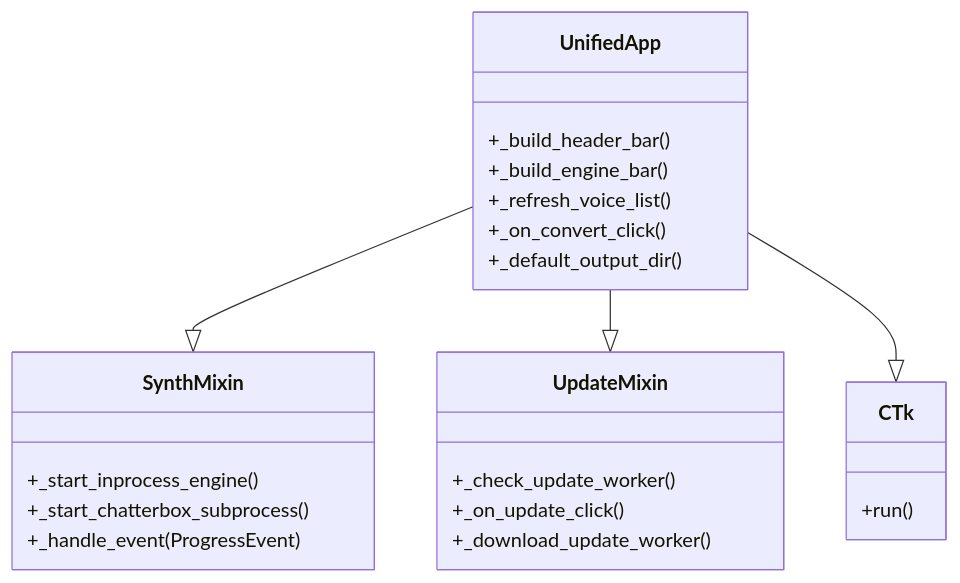
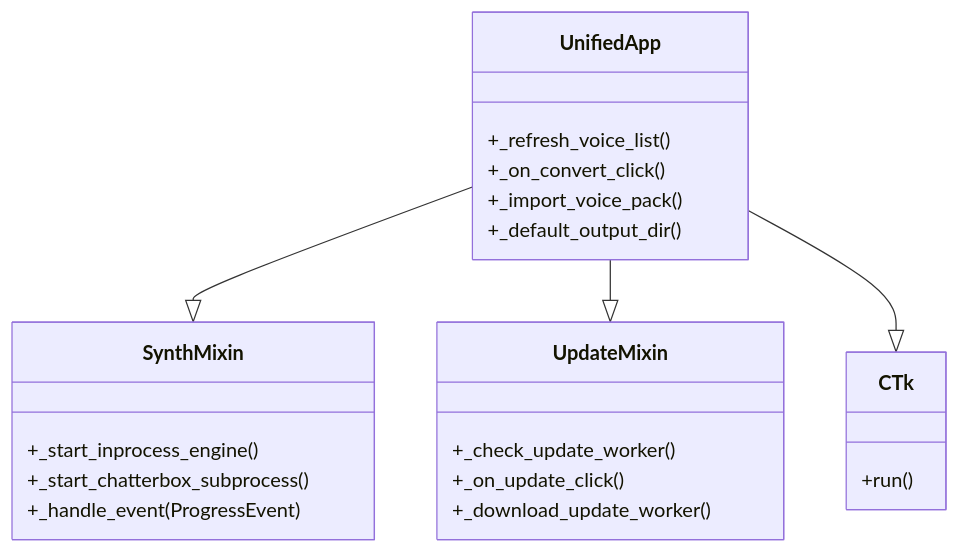
The second of 7 diagrams in docs/ARCHITECTURE.md (MikkoNumminen/AudiobookMaker), drawn with Mermaid before and after one commit. The commit also changed other lines of this file, not shown here.

Commit message:
docs(architecture): reflect Chatterbox bridge, gui_builders, voice_pack

````diff
--- a/docs/ARCHITECTURE.md
+++ b/docs/ARCHITECTURE.md
@@ -34,24 +37,23 @@
 ```mermaid
 classDiagram
     class CTk { +run() }
     class SynthMixin {
       +_start_inprocess_engine()
       +_start_chatterbox_subprocess()
       +_handle_event(ProgressEvent)
     }
     class UpdateMixin {
       +_check_update_worker()
       +_on_update_click()
       +_download_update_worker()
     }
     class UnifiedApp {
-      +_build_header_bar()
-      +_build_engine_bar()
       +_refresh_voice_list()
       +_on_convert_click()
+      +_import_voice_pack()
       +_default_output_dir()
     }
     UnifiedApp --|> SynthMixin
     UnifiedApp --|> UpdateMixin
     UnifiedApp --|> CTk
 ```
````
